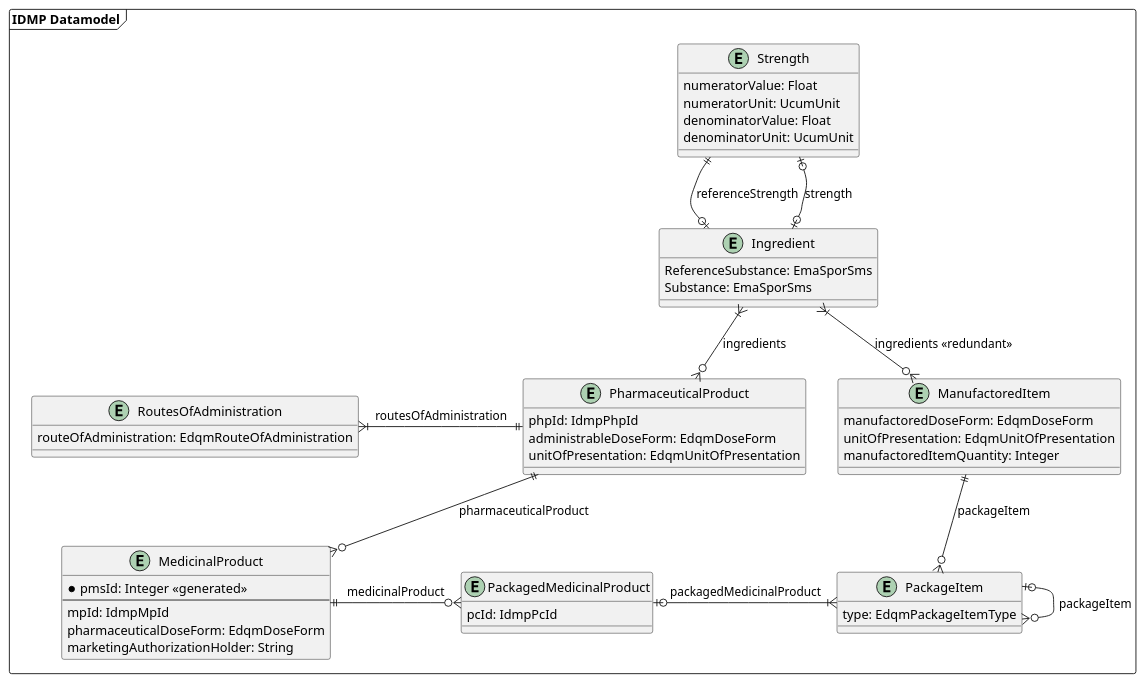
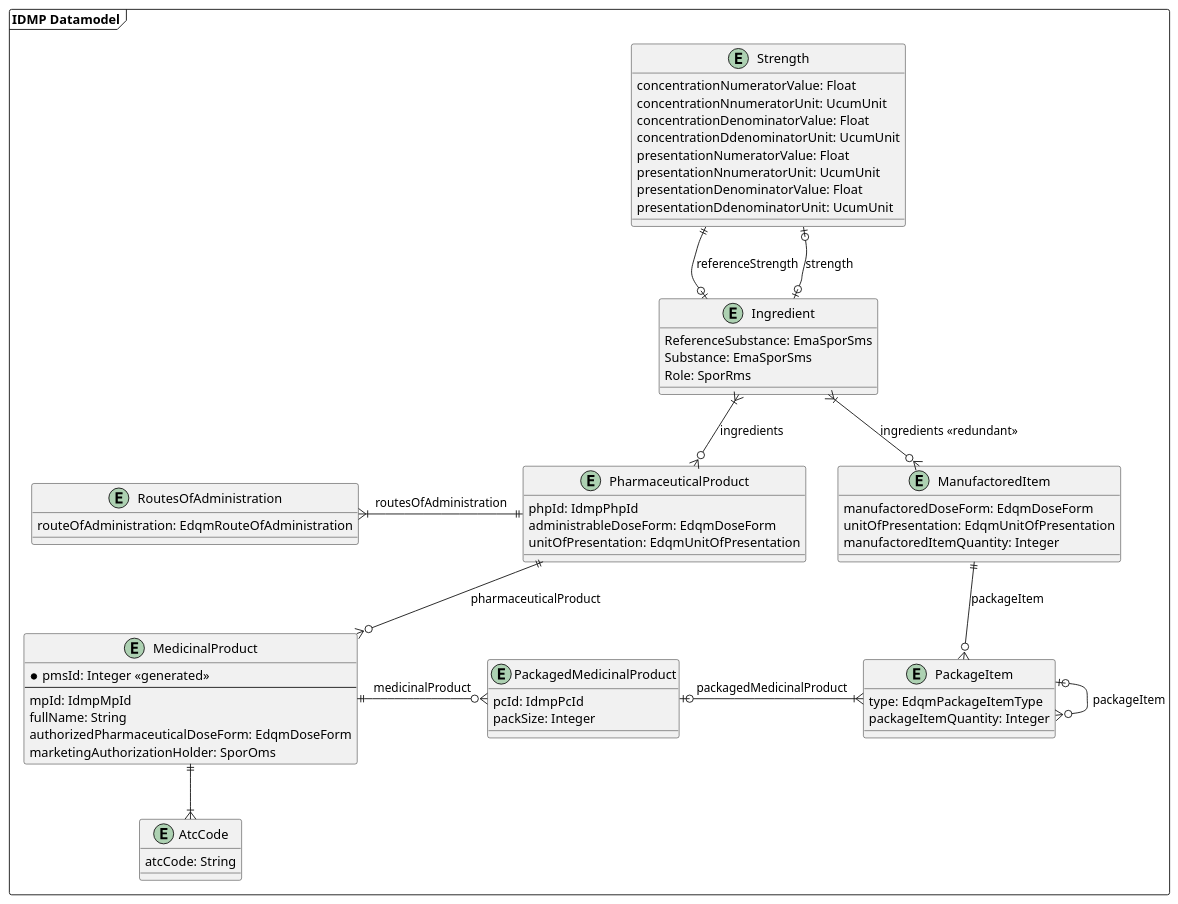
Before and after one commit to unicom-project-eu/wp6-db-api: the diagram in uml/class/datamodelRedesigned.puml, drawn with PlantUML.

Commit message:
Added all Attriutes from the MAL to the datamodel

```diff
--- a/uml/class/datamodelRedesigned.puml
+++ b/uml/class/datamodelRedesigned.puml
@@ -1,65 +1,79 @@
 @startuml
 'https://plantuml.com/class-diagram
 
 package "IDMP Datamodel" as idmpDatamodel <<frame>> {
     entity Strength {
-        numeratorValue: Float
-        numeratorUnit: UcumUnit
-        denominatorValue: Float
-        denominatorUnit: UcumUnit
+        concentrationNumeratorValue: Float
+        concentrationNnumeratorUnit: UcumUnit
+        concentrationDenominatorValue: Float
+        concentrationDdenominatorUnit: UcumUnit
+        presentationNumeratorValue: Float
+        presentationNnumeratorUnit: UcumUnit
+        presentationDenominatorValue: Float
+        presentationDdenominatorUnit: UcumUnit
     }
 
     entity Ingredient {
         ReferenceSubstance: EmaSporSms
         Substance: EmaSporSms
+        Role: SporRms
     }
 
     together {
         entity RoutesOfAdministration {
             routeOfAdministration: EdqmRouteOfAdministration
         }
 
         entity PharmaceuticalProduct {
             phpId: IdmpPhpId
             administrableDoseForm: EdqmDoseForm
             unitOfPresentation: EdqmUnitOfPresentation
         }
     }
 
     entity MedicinalProduct {
         * pmsId: Integer <<generated>>
         --
         mpId: IdmpMpId
-        pharmaceuticalDoseForm: EdqmDoseForm
-        marketingAuthorizationHolder: String
+        fullName: String
+        authorizedPharmaceuticalDoseForm: EdqmDoseForm
+        marketingAuthorizationHolder: SporOms
+    }
+
+    entity AtcCode {
+        atcCode: String
     }
 
     entity PackagedMedicinalProduct {
         pcId: IdmpPcId
+        packSize: Integer
     }
 
     entity PackageItem {
         type: EdqmPackageItemType
+        packageItemQuantity: Integer
     }
 
     entity ManufactoredItem {
         manufactoredDoseForm: EdqmDoseForm
         unitOfPresentation: EdqmUnitOfPresentation
         manufactoredItemQuantity: Integer
     }
+
+    MedicinalProduct ||--|{ AtcCode
 
     Strength ||--o| Ingredient : "referenceStrength"
     Strength |o--o| Ingredient : "strength"
 
     Ingredient }|-o{ ManufactoredItem : "ingredients <<redundant>>"
     Ingredient }|--o{ PharmaceuticalProduct : "ingredients"
 
     RoutesOfAdministration }|-r-|| PharmaceuticalProduct : "routesOfAdministration"
     PharmaceuticalProduct ||--o{ MedicinalProduct : "pharmaceuticalProduct"
     MedicinalProduct ||-o{ PackagedMedicinalProduct : "medicinalProduct"
     PackagedMedicinalProduct |o-|{ PackageItem : "packagedMedicinalProduct"
     PackageItem |o-o{ PackageItem : "packageItem"
     ManufactoredItem ||--o{ PackageItem : "packageItem"
 }
 
 @enduml
```
